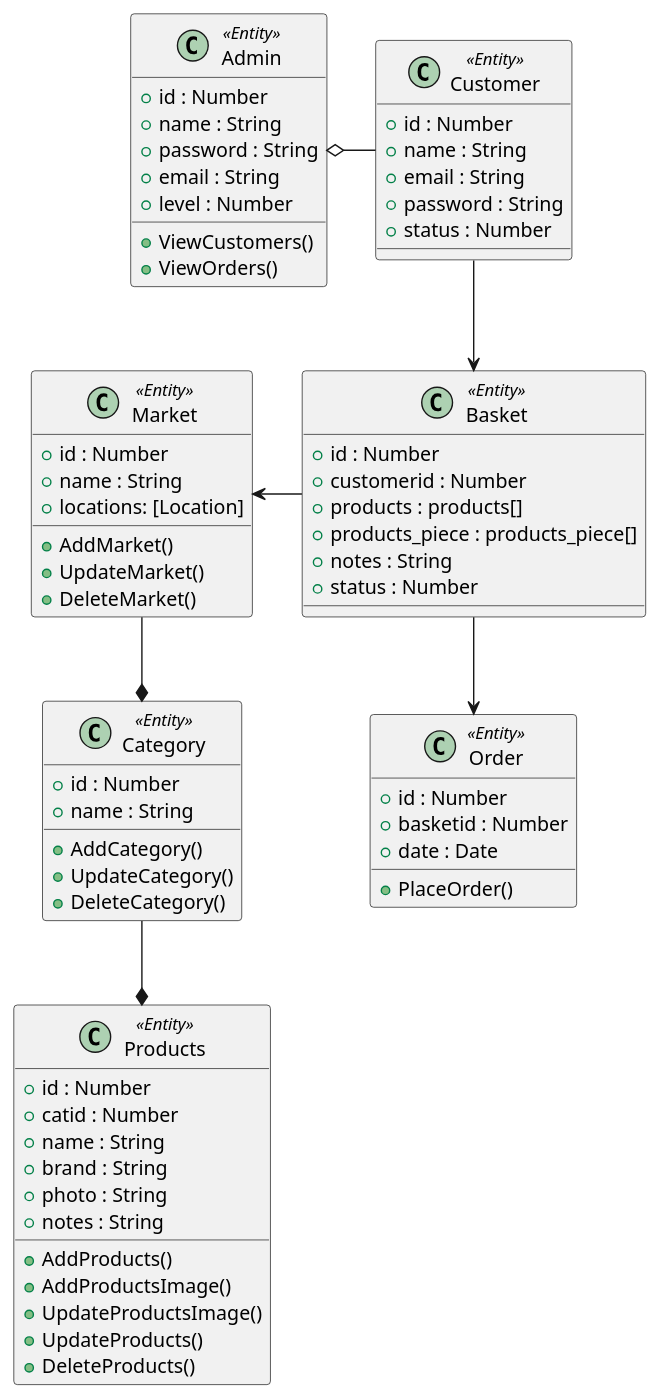
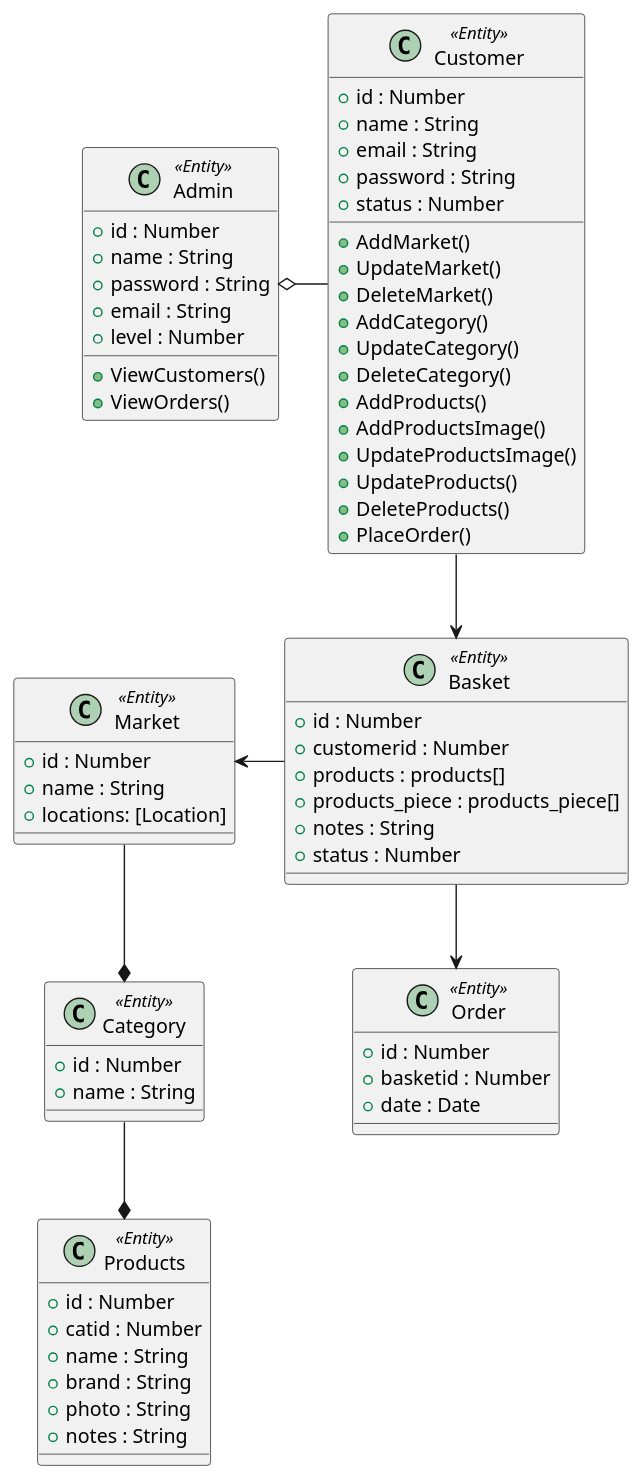
Before and after one commit to panodes/desktop-tutorial: the diagram in class-diagram.puml, drawn with PlantUML. The commit also changed other lines of this file, not shown here.

```diff
--- a/class-diagram.puml
+++ b/class-diagram.puml
@@ -1,74 +1,74 @@
 @startuml "Class Diagram"
 
 class Admin << Entity >> {
     + id : Number
     + name : String
     + password : String
     + email : String
     + level : Number
     + ViewCustomers()
     + ViewOrders()
 }
 
 class Customer << Entity >> {
     + id : Number
     + name : String
     + email : String
     + password : String
     + status : Number
+    + AddMarket()
+    + UpdateMarket()
+    + DeleteMarket()
+    + AddCategory()
+    + UpdateCategory()
+    + DeleteCategory()
+    + AddProducts()
+    + AddProductsImage()
+    + UpdateProductsImage()
+    + UpdateProducts()
+    + DeleteProducts()
+    + PlaceOrder()
 }
 
 class Market << Entity >> {
     + id : Number
     + name : String
     + locations: [Location]
-    + AddMarket()
-    + UpdateMarket()
-    + DeleteMarket()
 }
 
 class Category << Entity >> {
     + id : Number
     + name : String
-    + AddCategory()
-    + UpdateCategory()
-    + DeleteCategory()
 }
 
 class Products << Entity >> {
     + id : Number
     + catid : Number
     + name : String
     + brand : String
     + photo : String
     + notes : String
-    + AddProducts()
-    + AddProductsImage()
-    + UpdateProductsImage()
-    + UpdateProducts()
-    + DeleteProducts()
 }
 
 class Basket << Entity >> {
     + id : Number
     + customerid : Number
     + products : products[]
     + products_piece : products_piece[]
     + notes : String
     + status : Number
 }
 
 class Order << Entity >> { 
     + id : Number
     + basketid : Number
     + date : Date
-    + PlaceOrder()
 }
 Customer -left-o Admin
 Category *-up- Market
 Products *-up- Category
 Customer --> Basket
 Basket --> Order
 Basket -left-> Market
 
 @enduml
```
